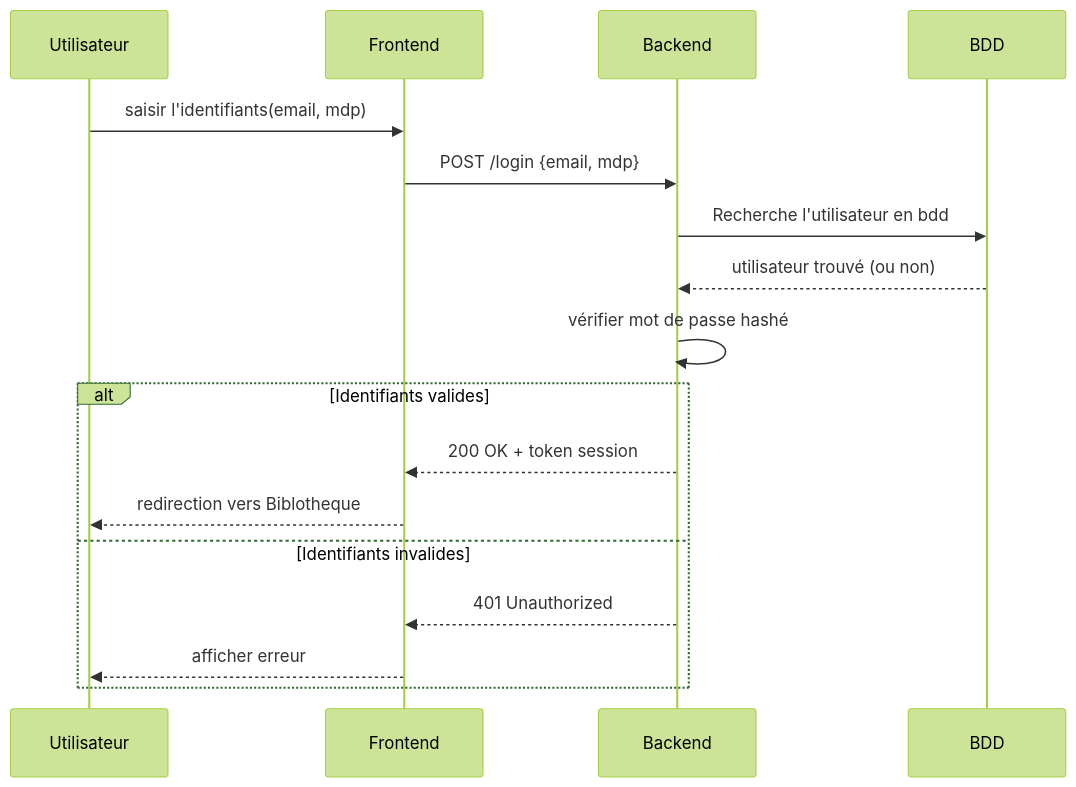
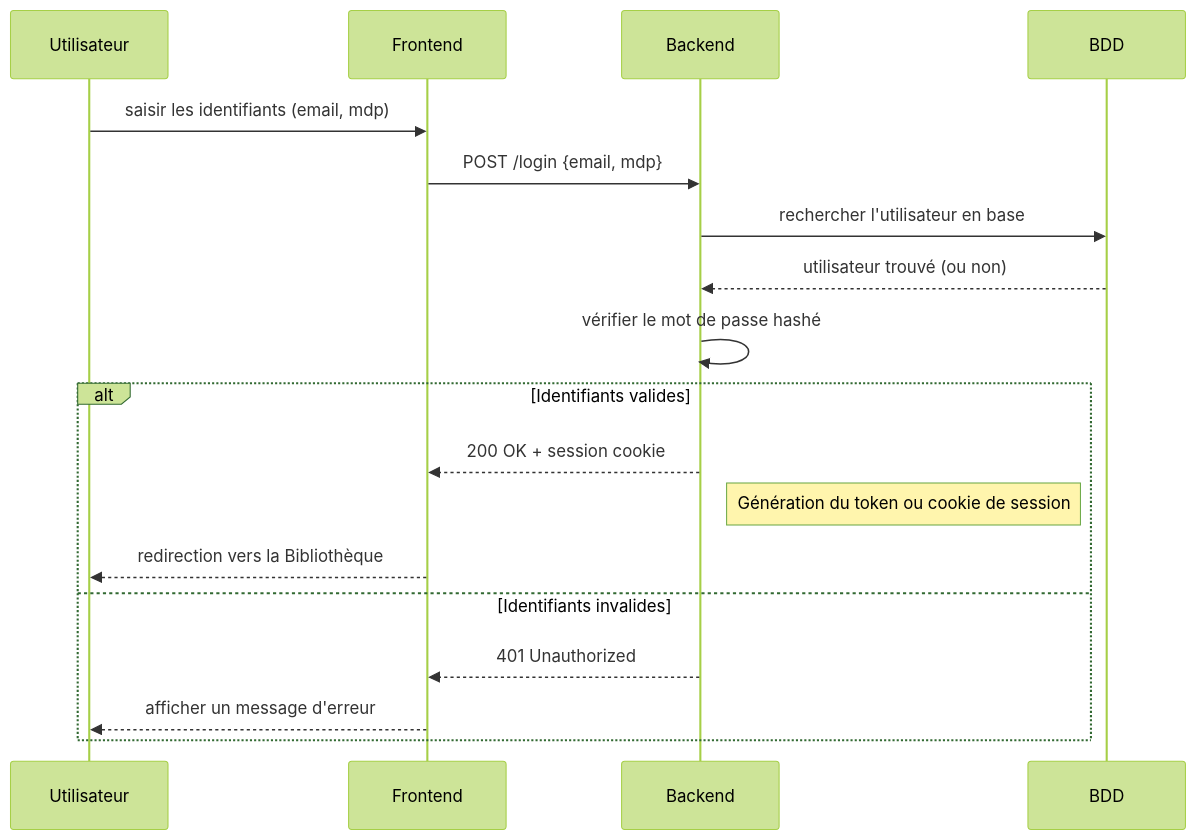
The third of 11 diagrams in Docs/ERD/erd_sequence.md (ElodieOrozcoTaveira/BlablaBookPerso), drawn with Mermaid (forest theme) before and after one commit. The commit also changed 380 other files, not shown here.

First line of the commit message:
feat: Mise à jour complète architecture Backend

````diff
--- a/Docs/ERD/erd_sequence.md
+++ b/Docs/ERD/erd_sequence.md
@@ -170,20 +170,22 @@
 ```mermaid
 sequenceDiagram
     participant Utilisateur
     participant Frontend
     participant Backend
     participant BDD
 
-    Utilisateur->>Frontend: saisir l'identifiants(email, mdp)
+    Utilisateur->>Frontend: saisir les identifiants (email, mdp)
     Frontend->>Backend: POST /login {email, mdp}
-    Backend->>BDD: Recherche l'utilisateur en bdd
+    Backend->>BDD: rechercher l'utilisateur en base
     BDD-->>Backend: utilisateur trouvé (ou non)
-    Backend->>Backend: vérifier mot de passe hashé
+    Backend->>Backend: vérifier le mot de passe hashé
     alt Identifiants valides
-        Backend-->>Frontend: 200 OK + token session
-        Frontend-->>Utilisateur: redirection vers Biblotheque
+        Backend-->>Frontend: 200 OK + session cookie
+        note right of Backend: Génération du token ou cookie de session
+        Frontend-->>Utilisateur: redirection vers la Bibliothèque
     else Identifiants invalides
         Backend-->>Frontend: 401 Unauthorized
-        Frontend-->>Utilisateur: afficher erreur
+        Frontend-->>Utilisateur: afficher un message d'erreur
     end
+
 ```
````
